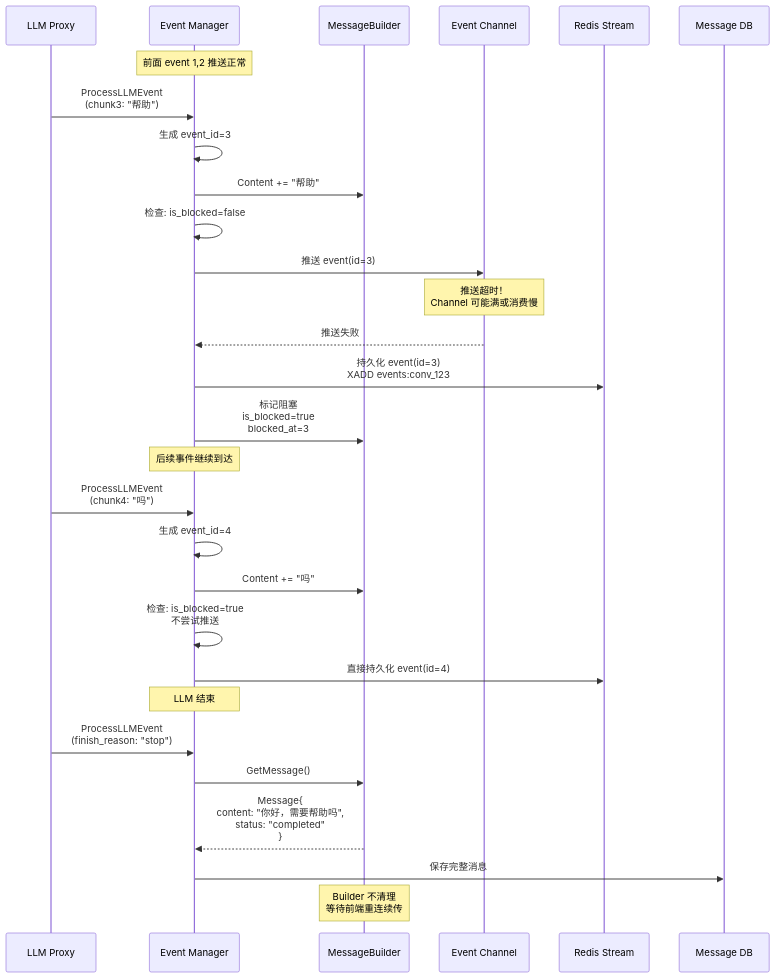
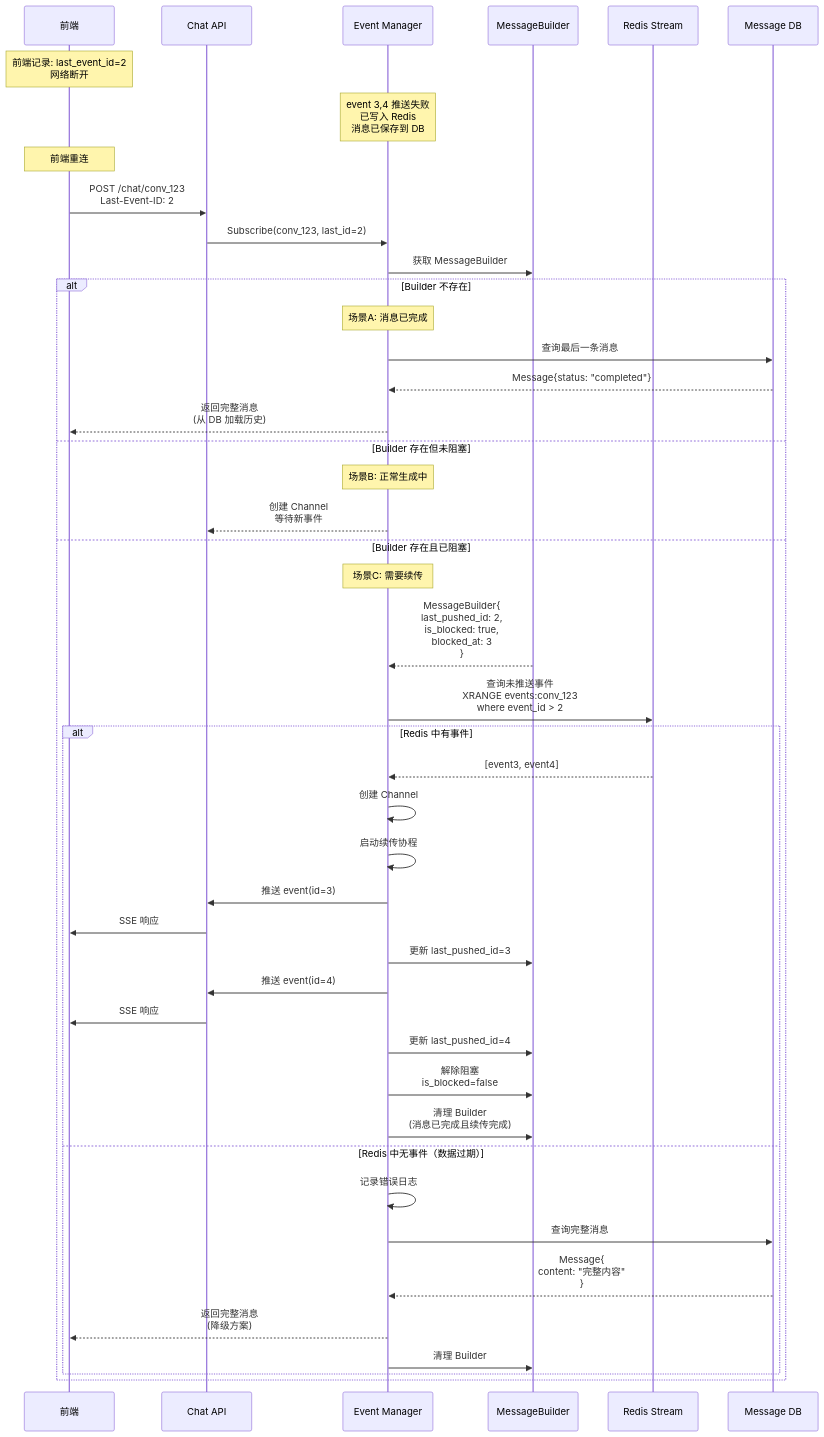
The diagram in all/未命名-10.md (yingjianzh/iodraw-files), drawn with Mermaid before and after one commit.

Commit message:
2025-12-24 11:43:11 update

````diff
--- a/all/未命名-10.md
+++ b/all/未命名-10.md
@@ -1,45 +1,65 @@
 ```mermaid
 sequenceDiagram
-    participant LLMProxy as LLM Proxy
+    participant FE as 前端
+    participant ChatAPI as Chat API
     participant EventMgr as Event Manager
     participant Builder as MessageBuilder
-    participant CH as Event Channel
     participant Redis as Redis Stream
     participant MsgDB as Message DB
 
-    Note over EventMgr: 前面 event 1,2 推送正常
-
-    LLMProxy->>EventMgr: ProcessLLMEvent<br/>(chunk3: "帮助")
-    EventMgr->>EventMgr: 生成 event_id=3
-    EventMgr->>Builder: Content += "帮助"
+    Note over FE: 前端记录: last_event_id=2<br/>网络断开
     
-    EventMgr->>EventMgr: 检查: is_blocked=false
-    EventMgr->>CH: 推送 event(id=3)
+    Note over EventMgr: event 3,4 推送失败<br/>已写入 Redis<br/>消息已保存到 DB
     
-    Note over CH: 推送超时！<br/>Channel 可能满或消费慢
+    Note over FE: 前端重连
     
-    CH-->>EventMgr: 推送失败
+    FE->>ChatAPI: POST /chat/conv_123<br/>Last-Event-ID: 2
     
-    EventMgr->>Redis: 持久化 event(id=3)<br/>XADD events:conv_123
-    EventMgr->>Builder: 标记阻塞<br/>is_blocked=true<br/>blocked_at=3
+    ChatAPI->>EventMgr: Subscribe(conv_123, last_id=2)
     
-    Note over EventMgr: 后续事件继续到达
+    EventMgr->>Builder: 获取 MessageBuilder
     
-    LLMProxy->>EventMgr: ProcessLLMEvent<br/>(chunk4: "吗")
-    EventMgr->>EventMgr: 生成 event_id=4
-    EventMgr->>Builder: Content += "吗"
-    
-    EventMgr->>EventMgr: 检查: is_blocked=true<br/>不尝试推送
-    EventMgr->>Redis: 直接持久化 event(id=4)
-    
-    Note over EventMgr: LLM 结束
-    
-    LLMProxy->>EventMgr: ProcessLLMEvent<br/>(finish_reason: "stop")
-    
-    EventMgr->>Builder: GetMessage()
-    Builder-->>EventMgr: Message{<br/>  content: "你好，需要帮助吗",<br/>  status: "completed"<br/>}
-    
-    EventMgr->>MsgDB: 保存完整消息
-    
-    Note over Builder: Builder 不清理<br/>等待前端重连续传
+    alt Builder 不存在
+        Note over EventMgr: 场景A: 消息已完成
+        EventMgr->>MsgDB: 查询最后一条消息
+        MsgDB-->>EventMgr: Message{status: "completed"}
+        EventMgr-->>FE: 返回完整消息<br/>(从 DB 加载历史)
+        
+    else Builder 存在但未阻塞
+        Note over EventMgr: 场景B: 正常生成中
+        EventMgr-->>ChatAPI: 创建 Channel<br/>等待新事件
+        
+    else Builder 存在且已阻塞
+        Note over EventMgr: 场景C: 需要续传
+        
+        Builder-->>EventMgr: MessageBuilder{<br/>  last_pushed_id: 2,<br/>  is_blocked: true,<br/>  blocked_at: 3<br/>}
+        
+        EventMgr->>Redis: 查询未推送事件<br/>XRANGE events:conv_123<br/>where event_id > 2
+        
+        alt Redis 中有事件
+            Redis-->>EventMgr: [event3, event4]
+            
+            EventMgr->>EventMgr: 创建 Channel
+            EventMgr->>EventMgr: 启动续传协程
+            
+            EventMgr->>ChatAPI: 推送 event(id=3)
+            ChatAPI->>FE: SSE 响应
+            EventMgr->>Builder: 更新 last_pushed_id=3
+            
+            EventMgr->>ChatAPI: 推送 event(id=4)
+            ChatAPI->>FE: SSE 响应
+            EventMgr->>Builder: 更新 last_pushed_id=4
+            
+            EventMgr->>Builder: 解除阻塞<br/>is_blocked=false
+            
+            EventMgr->>Builder: 清理 Builder<br/>(消息已完成且续传完成)
+            
+        else Redis 中无事件（数据过期）
+            EventMgr->>EventMgr: 记录错误日志
+            EventMgr->>MsgDB: 查询完整消息
+            MsgDB-->>EventMgr: Message{<br/>  content: "完整内容"<br/>}
+            EventMgr-->>FE: 返回完整消息<br/>(降级方案)
+            EventMgr->>Builder: 清理 Builder
+        end
+    end
 ```
````
